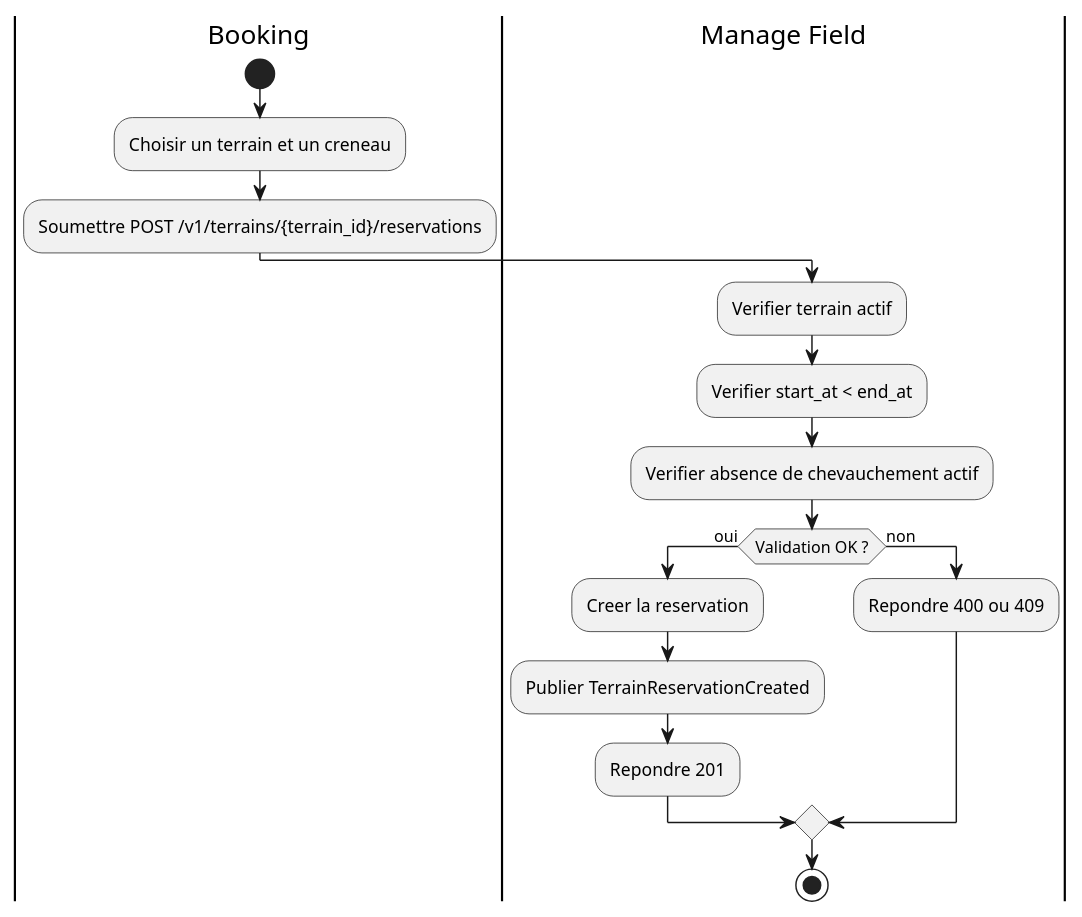
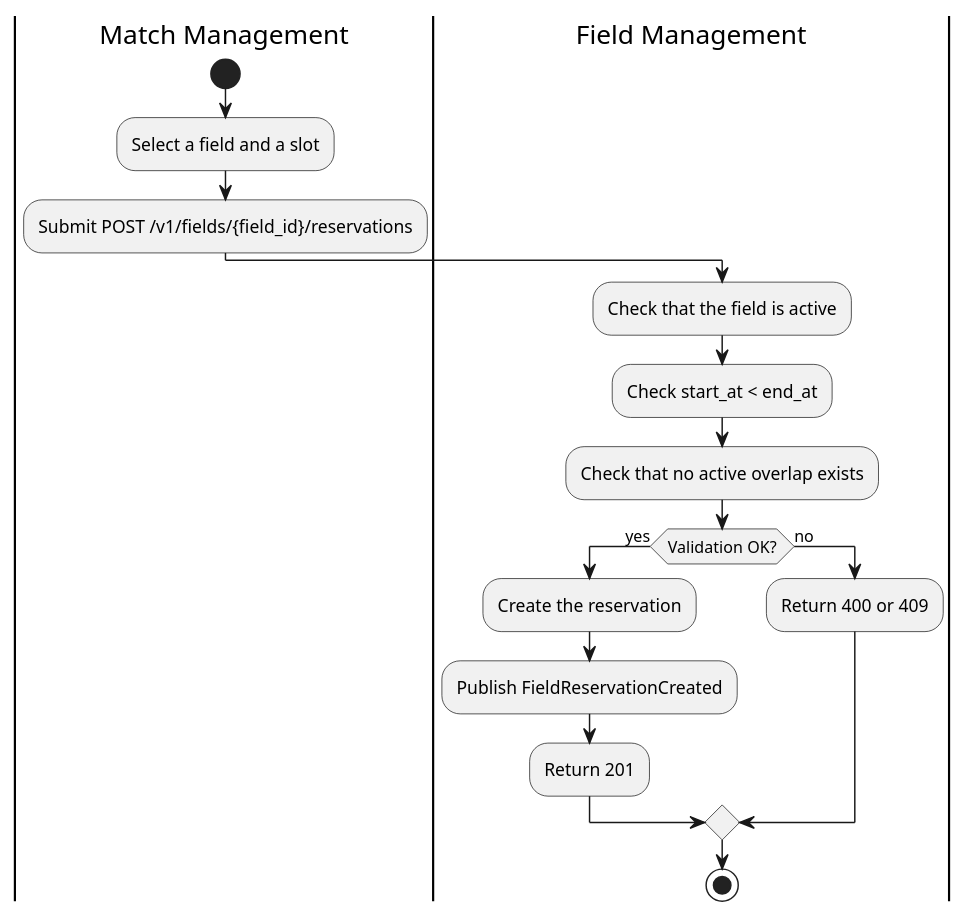
One commit to EFREI-BDX/tp-five-5 changed the diagram in repo-root/groups/group-01-manage-field/scenario-reserve-field.activity.puml. Above: the diagram before and after it, drawn with PlantUML. The commit also changed 51 other files, not shown here.

```diff
--- a/repo-root/groups/group-01-manage-field/scenario-reserve-field.activity.puml
+++ b/repo-root/groups/group-01-manage-field/scenario-reserve-field.activity.puml
@@ -1,18 +1,18 @@
 @startuml
-|Booking|
+|Match Management|
 start
-:Choisir un terrain et un creneau;
-:Soumettre POST /v1/terrains/{terrain_id}/reservations;
-|Manage Field|
-:Verifier terrain actif;
-:Verifier start_at < end_at;
-:Verifier absence de chevauchement actif;
-if (Validation OK ?) then (oui)
-  :Creer la reservation;
-  :Publier TerrainReservationCreated;
-  :Repondre 201;
-else (non)
-  :Repondre 400 ou 409;
+:Select a field and a slot;
+:Submit POST /v1/fields/{field_id}/reservations;
+|Field Management|
+:Check that the field is active;
+:Check start_at < end_at;
+:Check that no active overlap exists;
+if (Validation OK?) then (yes)
+  :Create the reservation;
+  :Publish FieldReservationCreated;
+  :Return 201;
+else (no)
+  :Return 400 or 409;
 endif
 stop
 @enduml
```
